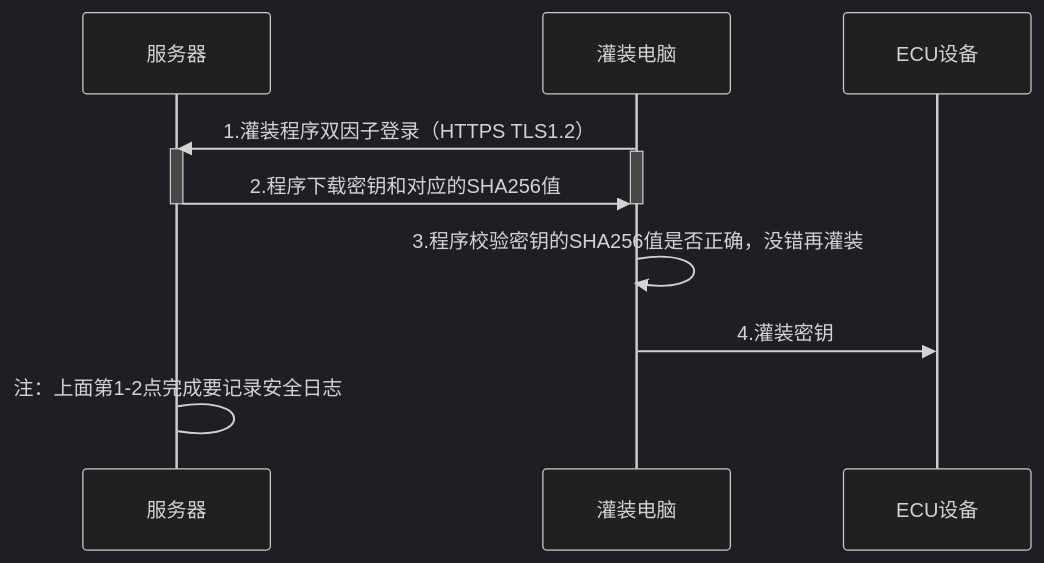
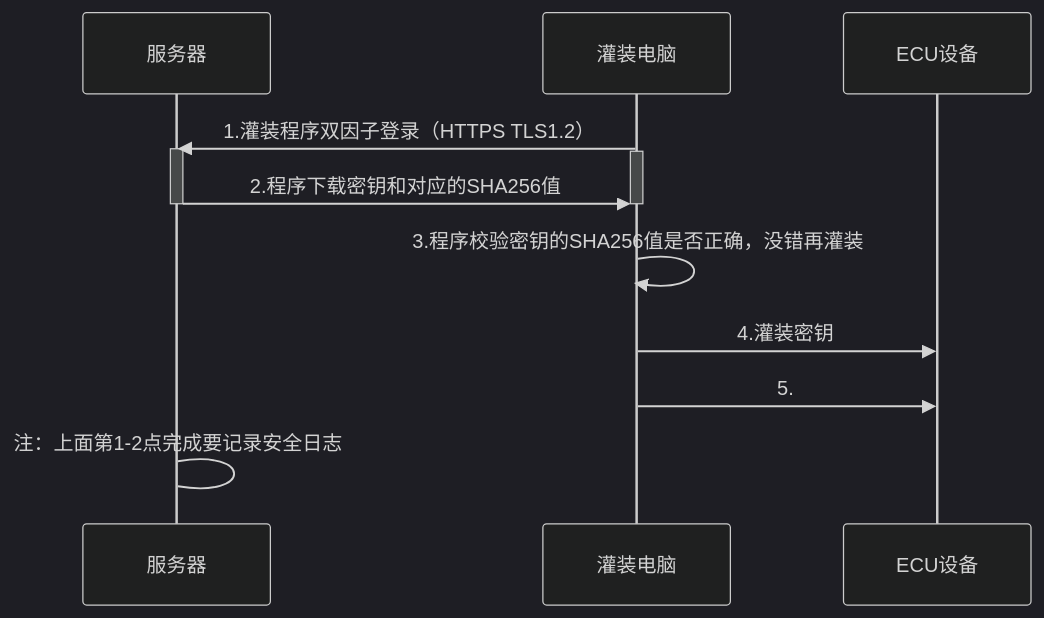
One commit to facebook-cloud/iodraw-files changed the diagram in all/未命名-25.md. Above: the diagram before and after it, drawn with Mermaid (dark theme).

Commit message:
2026-04-21 15:16:28 update

````diff
--- a/all/未命名-25.md
+++ b/all/未命名-25.md
@@ -1,22 +1,22 @@
 ```mermaid
 sequenceDiagram
   
     participant B as 服务器
     participant D as 灌装电脑
     participant E as ECU设备
 
     D->>B: 1.灌装程序双因子登录（HTTPS TLS1.2）
     activate B
     activate D
 
     B->>D: 2.程序下载密钥和对应的SHA256值 
 
     deactivate B
     deactivate D
     
     D->>D: 3.程序校验密钥的SHA256值是否正确，没错再灌装
     D->>E: 4.灌装密钥
-    
+    D->>E: 5.
 
     B->B: 注：上面第1-2点完成要记录安全日志
 ```
````
